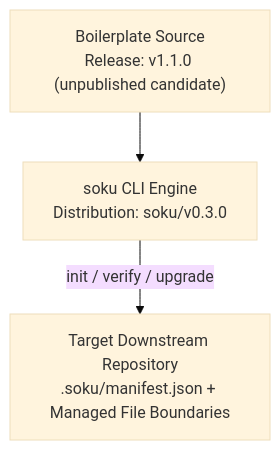
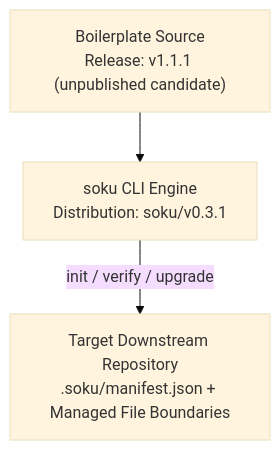
One commit to Soku-JINSEOK/Soku-Convention-Boilerplate changed the diagram in README.ja.md. Above: the diagram before and after it, drawn with Mermaid (base theme). The commit also changed other lines of this file and 12 other files, not shown here.

````diff
--- a/README.ja.md
+++ b/README.ja.md
@@ -77,9 +77,9 @@
 ```mermaid
 flowchart TB
-    BP["Boilerplate Source<br/>Release: v1.1.0 (unpublished candidate)"]
-    CLI["soku CLI Engine<br/>Distribution: soku/v0.3.0"]
+    BP["Boilerplate Source<br/>Release: v1.1.1 (unpublished candidate)"]
+    CLI["soku CLI Engine<br/>Distribution: soku/v0.3.1"]
     Repo["Target Downstream Repository<br/>.soku/manifest.json + Managed File Boundaries"]
 
     BP --> CLI
     CLI -->|init / verify / upgrade| Repo
 ```
````
